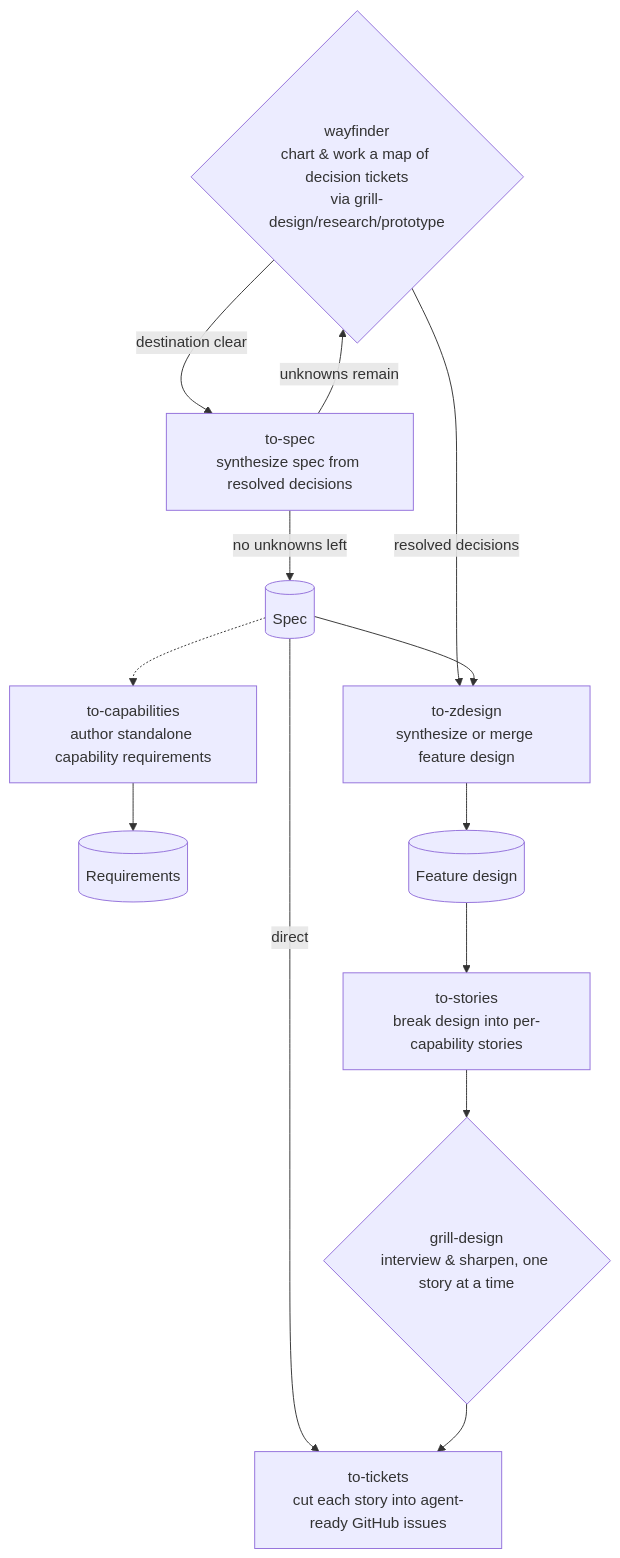
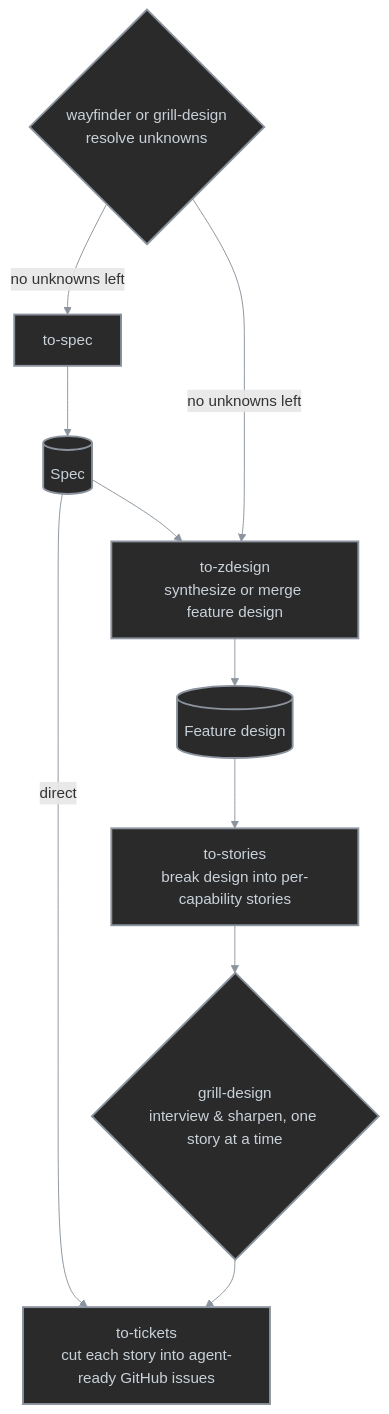
The diagram in skills/wf/README.md (antshc/brain), drawn with Mermaid before and after one commit.

Commit message:
refactor: enhance flowchart clarity in README.md for workflow automation skills

````diff
--- a/skills/wf/README.md
+++ b/skills/wf/README.md
@@ -14,19 +14,26 @@
 ```mermaid
+%%{init: {'themeVariables': {'lineColor': '#8b949e'}}}%%
 flowchart TD
-    W{wayfinder<br/>chart & work a map of decision tickets<br/>via grill-design/research/prototype} -->|destination clear| S[to-spec<br/>synthesize spec from resolved decisions]
-    S -->|unknowns remain| W
-    S -->|no unknowns left| SPEC[(Spec)]
+    W{"wayfinder or grill-design<br/>resolve unknowns"}
+    S["to-spec"]
+    SPEC[("Spec")]
+    ZD["to-zdesign<br/>synthesize or merge feature design"]
+    DESIGN[("Feature design")]
+    STORIES["to-stories<br/>break design into per-capability stories"]
+    GRILL{"grill-design<br/>interview & sharpen, one story at a time"}
+    TICKETS["to-tickets<br/>cut each story into agent-ready GitHub issues"]
 
-    SPEC -->|direct| TICKETS
+    W -- no unknowns left --> S
+    S --> SPEC
+    SPEC -- direct --> TICKETS
 
-    SPEC -.-> CAP[to-capabilities<br/>author standalone capability requirements]
-    CAP --> REQS[(Requirements)]
+    W -- no unknowns left --> ZD
+    SPEC --> ZD
+    ZD --> DESIGN
 
-    W -->|resolved decisions| ZD[to-zdesign<br/>synthesize or merge feature design]
-    SPEC --> ZD
-    ZD --> DESIGN[(Feature design)]
+    DESIGN --> STORIES
+    STORIES --> GRILL
+    GRILL --> TICKETS
 
-    DESIGN --> STORIES[to-stories<br/>break design into per-capability stories]
-    STORIES --> GRILL{grill-design<br/>interview & sharpen, one story at a time}
-    GRILL --> TICKETS[to-tickets<br/>cut each story into agent-ready GitHub issues]
+    classDef default fill:#2a2a2a,stroke:#8b949e,color:#c9d1d9,stroke-width:2px
 ```
````
